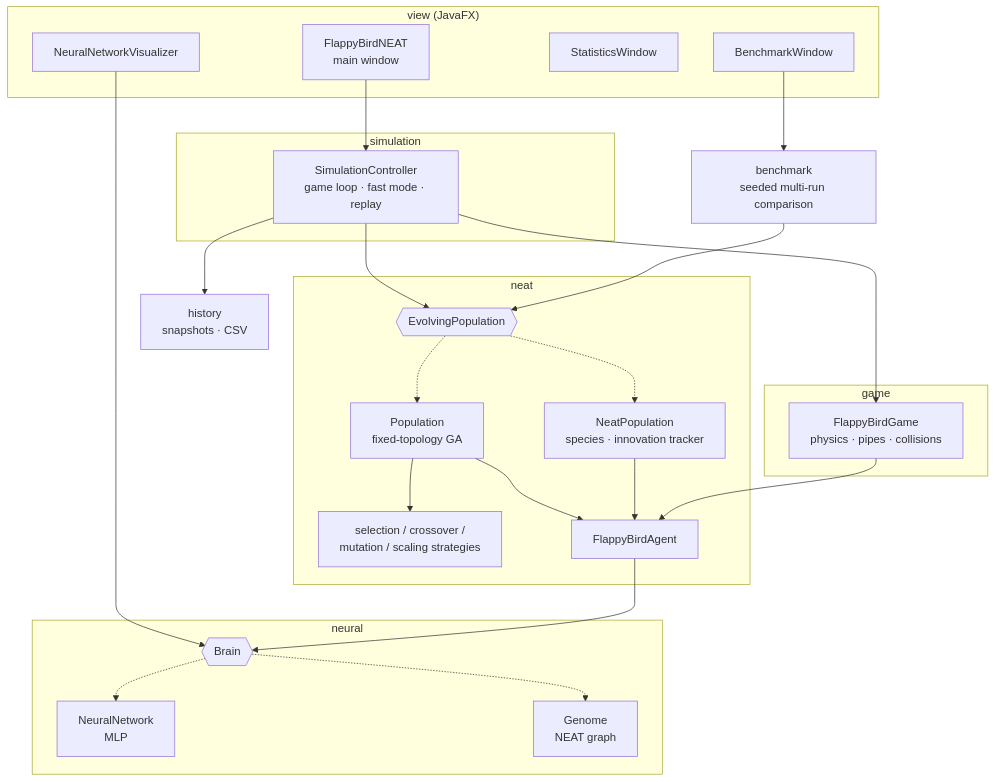
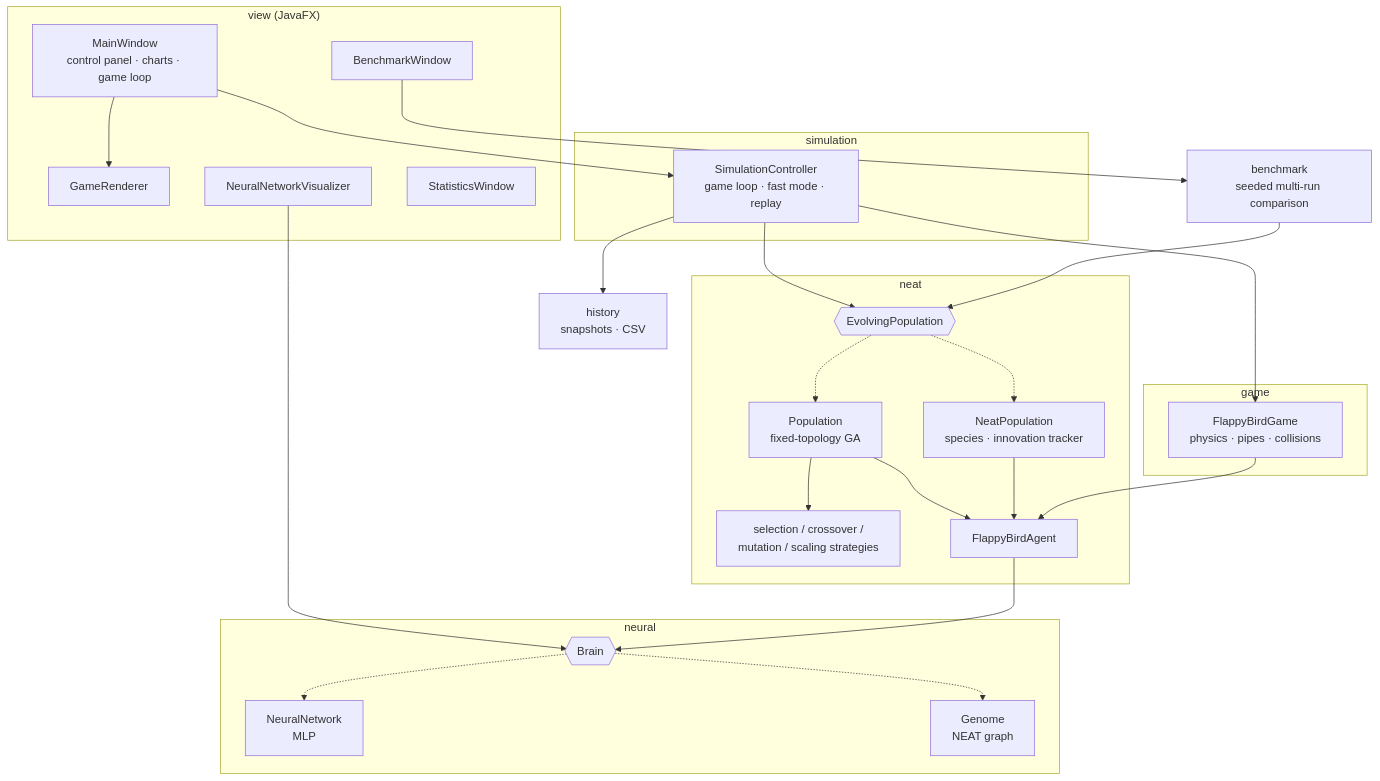
The second of 2 diagrams in README.md (guillesanper/FlappyBirdNeat), drawn with Mermaid before and after one commit. The commit also changed other lines of this file and 3 other files, not shown here.

````diff
--- a/README.md
+++ b/README.md
@@ -72,42 +74,44 @@
 ```mermaid
 flowchart TB
     subgraph View["view (JavaFX)"]
-        UI[FlappyBirdNEAT<br/>main window]
+        UI[MainWindow<br/>control panel · charts · game loop]
+        GR[GameRenderer]
         NV[NeuralNetworkVisualizer]
         SW[StatisticsWindow]
         BW[BenchmarkWindow]
     end
     subgraph Core["simulation"]
         SC[SimulationController<br/>game loop · fast mode · replay]
     end
     subgraph Game["game"]
         G[FlappyBirdGame<br/>physics · pipes · collisions]
     end
     subgraph Evo["neat"]
         EP{{EvolvingPopulation}}
         P[Population<br/>fixed-topology GA]
         NP[NeatPopulation<br/>species · innovation tracker]
         OPS[selection / crossover /<br/>mutation / scaling strategies]
         A[FlappyBirdAgent]
     end
     subgraph Brain["neural"]
         BR{{Brain}}
         NN[NeuralNetwork<br/>MLP]
         GE[Genome<br/>NEAT graph]
     end
     H[history<br/>snapshots · CSV]
     BM[benchmark<br/>seeded multi-run comparison]
 
     UI --> SC
+    UI --> GR
     NV --> BR
     SC --> G
     SC --> EP
     SC --> H
     BW --> BM --> EP
     EP -.-> P & NP
     P --> OPS
     P & NP --> A
     G --> A
     A --> BR
     BR -.-> NN & GE
 ```
````
